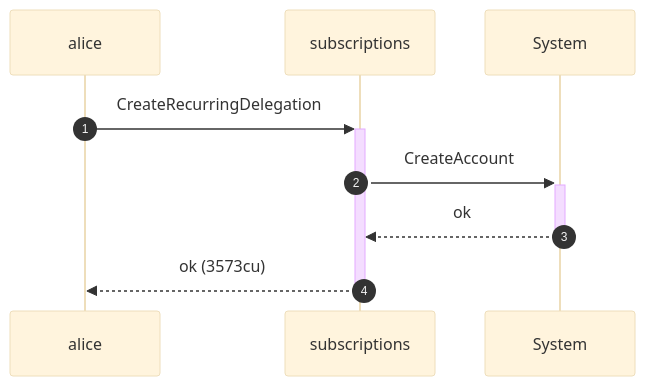
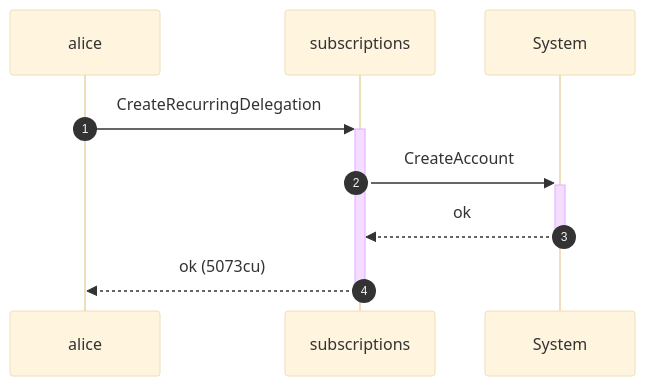
One commit to cds-rs/subscriptions changed the sixth of 8 diagrams in dsl_tests/a-non-delegator-cannot-revoke.md. Above: the diagram before and after it, drawn with Mermaid (base theme). The commit also changed other lines of this file and 224 other files, not shown here.

````diff
--- a/dsl_tests/a-non-delegator-cannot-revoke.md
+++ b/dsl_tests/a-non-delegator-cannot-revoke.md
@@ -116,11 +122,11 @@
 ```mermaid
 sequenceDiagram
     autonumber
     participant alice
     participant subscriptions
     participant System
     alice ->>+ subscriptions: CreateRecurringDelegation
     subscriptions ->>+ System: CreateAccount
     System -->>- subscriptions: ok
-    subscriptions -->>- alice: ok (3573cu)
+    subscriptions -->>- alice: ok (5073cu)
 ```
````
